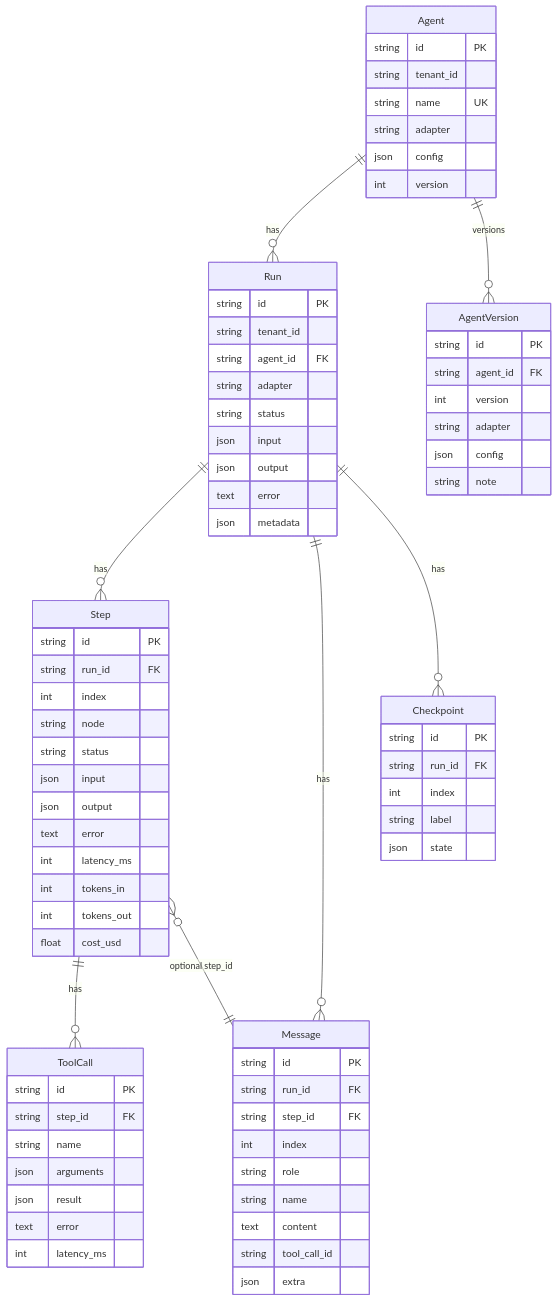
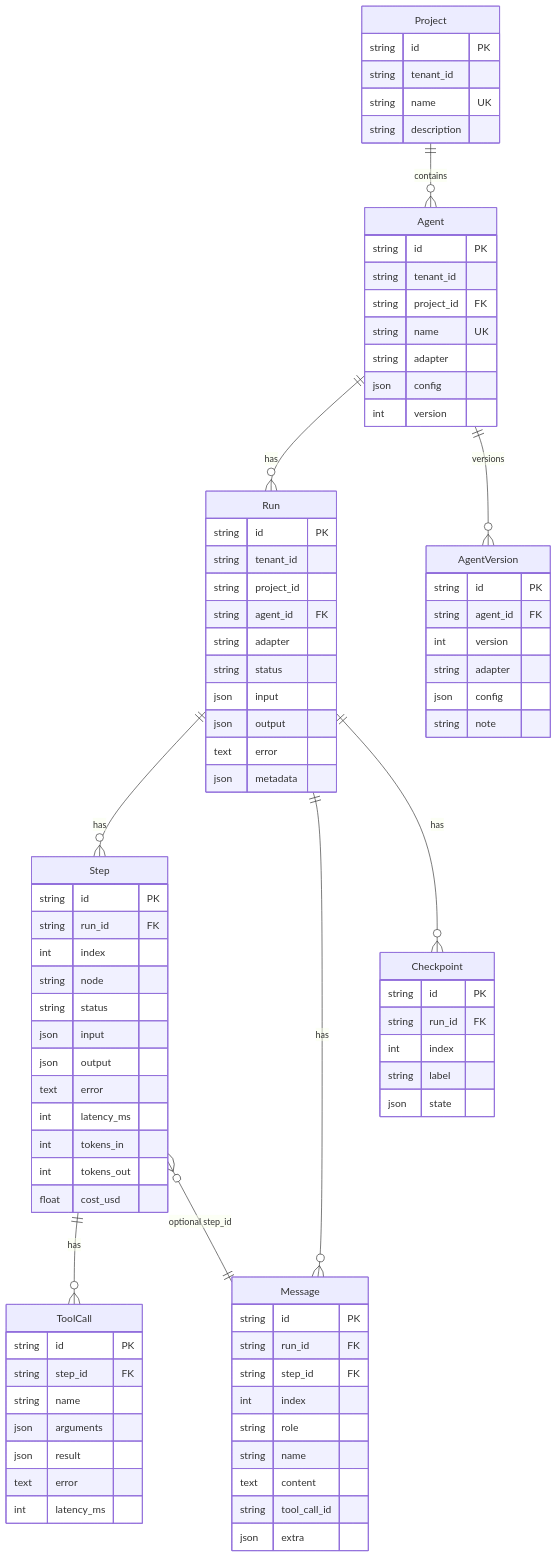
Before and after one commit to Emiyaaaaa/HiveMind: the first of 2 diagrams in docs/data-model.md, drawn with Mermaid. The commit also changed other lines of this file and 20 other files, not shown here.

First line of the commit message:
feat: enhance project and agent scoping in API

````diff
--- a/docs/data-model.md
+++ b/docs/data-model.md
@@ -9,5 +9,6 @@
 ```mermaid
 erDiagram
+    Project ||--o{ Agent : contains
     Agent ||--o{ Run : has
     Agent ||--o{ AgentVersion : versions
     Run ||--o{ Step : has
@@ -16,9 +17,16 @@
     Step ||--o{ ToolCall : has
     Step }o--|| Message : "optional step_id"
 
+    Project {
+        string id PK
+        string tenant_id
+        string name UK
+        string description
+    }
     Agent {
         string id PK
         string tenant_id
+        string project_id FK
         string name UK
         string adapter
         json config
@@ -35,6 +43,7 @@
     Run {
         string id PK
         string tenant_id
+        string project_id
         string agent_id FK
         string adapter
         string status
````
